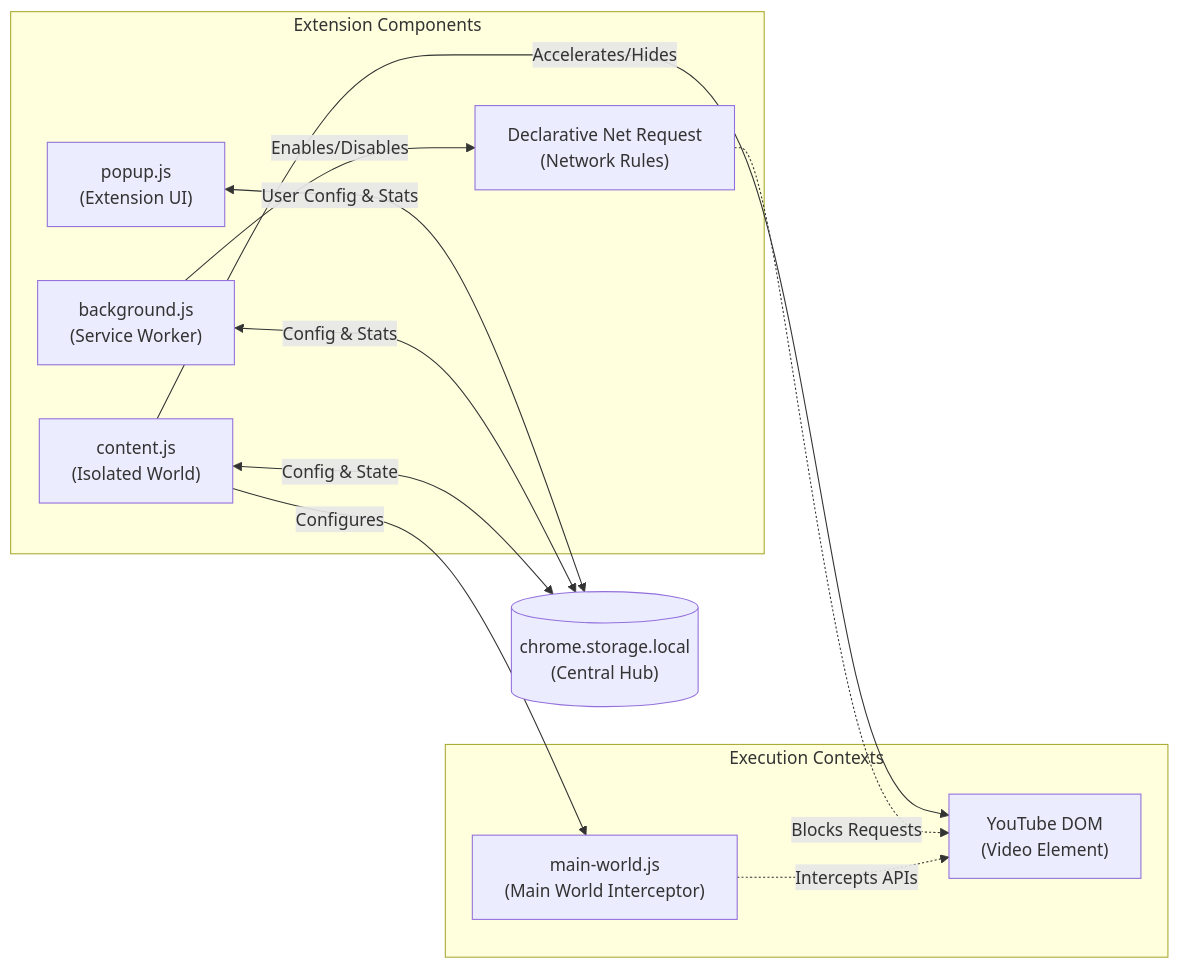
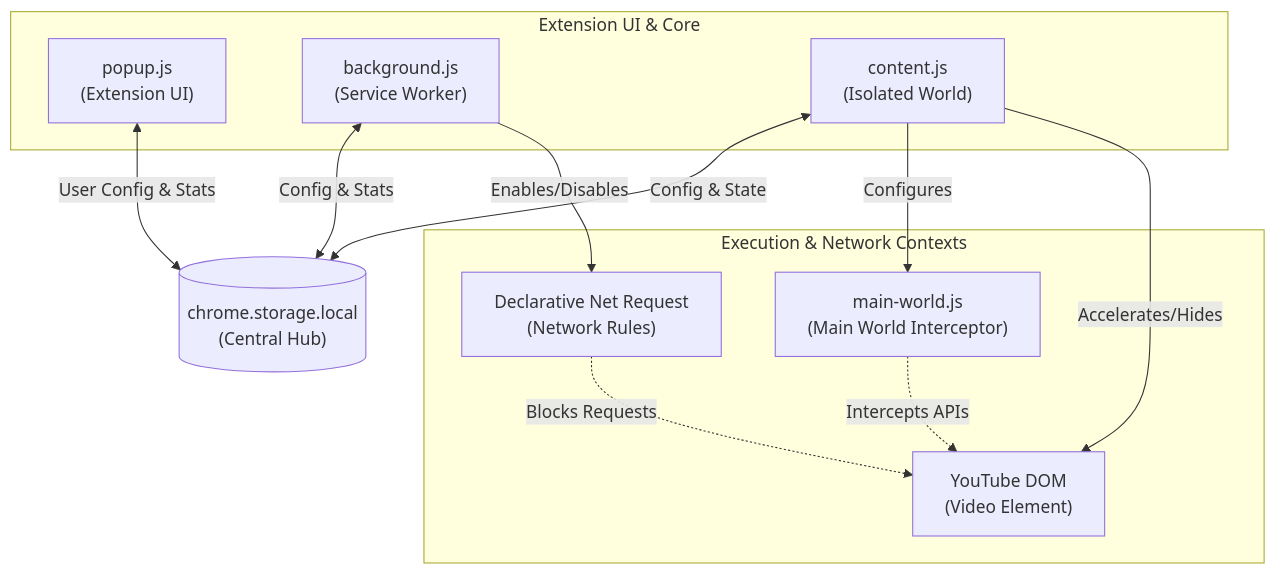
The diagram in README.md (Dabrogost/Chroma-Ad-Blocker), drawn with Mermaid before and after one commit.

````diff
--- a/README.md
+++ b/README.md
@@ -19,29 +19,29 @@
 ```mermaid
-graph LR
-    subgraph "Extension Components"
+graph TD
+    subgraph "Extension UI & Core"
         POP["popup.js<br/>(Extension UI)"]
         BS["background.js<br/>(Service Worker)"]
         CS["content.js<br/>(Isolated World)"]
-        DNR["Declarative Net Request<br/>(Network Rules)"]
     end
 
     STORAGE[("chrome.storage.local<br/>(Central Hub)")]
 
-    subgraph "Execution Contexts"
+    subgraph "Execution & Network Contexts"
+        DNR["Declarative Net Request<br/>(Network Rules)"]
         MW["main-world.js<br/>(Main World Interceptor)"]
         DOM["YouTube DOM<br/>(Video Element)"]
     end
 
     %% Storage Interactions
     POP <-->|"User Config & Stats"| STORAGE
     BS <-->|"Config & Stats"| STORAGE
     CS <-->|"Config & State"| STORAGE
 
     %% Logic & Control Flow
     BS -- "Enables/Disables" --> DNR
     CS -- "Configures" --> MW
     CS -- "Accelerates/Hides" --> DOM
     
     DNR -.->|"Blocks Requests"| DOM
     MW -.->|"Intercepts APIs"| DOM
 ```
````
